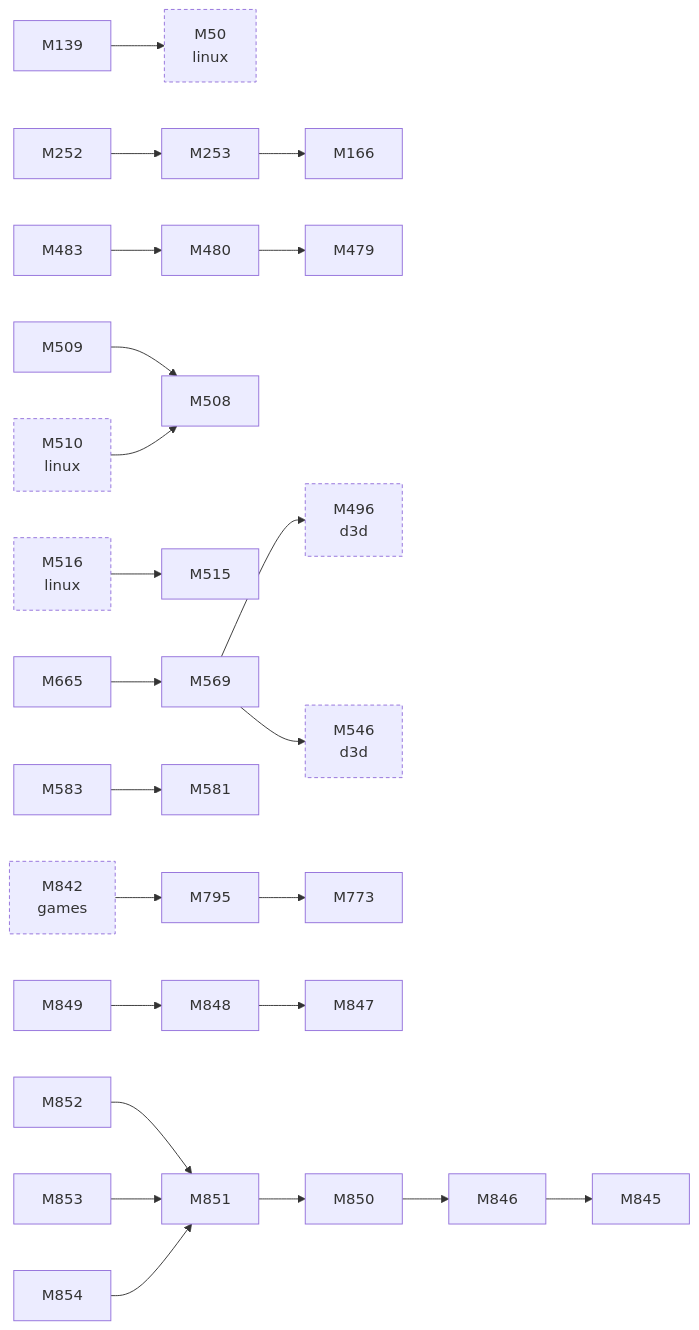
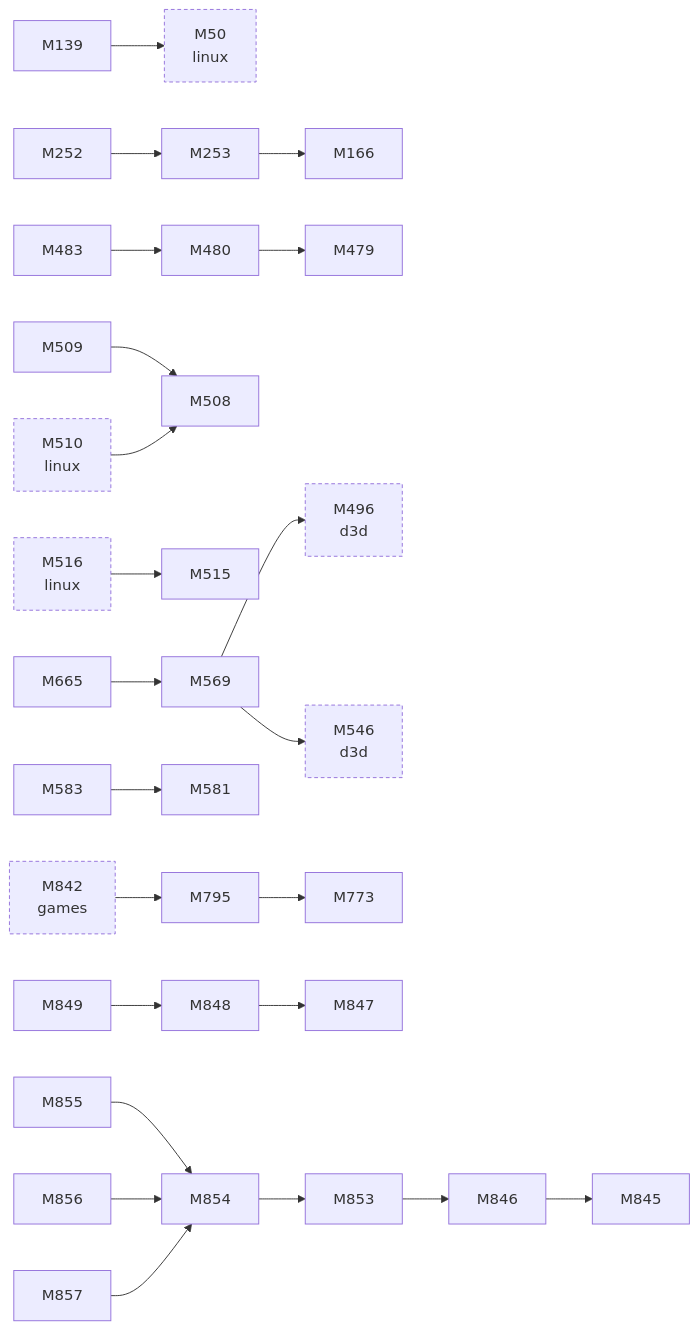
Before and after one commit to D-Ogi/amdgpu-wddm: the second of 2 diagrams in docs/facts/graphs/icd.md, drawn with Mermaid. The commit also changed 6 other files, not shown here.

````diff
--- a/docs/facts/graphs/icd.md
+++ b/docs/facts/graphs/icd.md
@@ -29,59 +29,59 @@
 ```mermaid
 flowchart LR
   M50["M50<br/>linux"]
   M139["M139"]
   M166["M166"]
   M252["M252"]
   M253["M253"]
   M479["M479"]
   M480["M480"]
   M483["M483"]
   M496["M496<br/>d3d"]
   M508["M508"]
   M509["M509"]
   M510["M510<br/>linux"]
   M515["M515"]
   M516["M516<br/>linux"]
   M546["M546<br/>d3d"]
   M569["M569"]
   M581["M581"]
   M583["M583"]
   M665["M665"]
   M773["M773"]
   M795["M795"]
   M842["M842<br/>games"]
   M845["M845"]
   M846["M846"]
   M847["M847"]
   M848["M848"]
   M849["M849"]
-  M850["M850"]
-  M851["M851"]
-  M852["M852"]
   M853["M853"]
   M854["M854"]
+  M855["M855"]
+  M856["M856"]
+  M857["M857"]
   M139 --> M50
   M252 --> M253
   M253 --> M166
   M480 --> M479
   M483 --> M480
   M509 --> M508
   M569 --> M496
   M569 --> M546
   M583 --> M581
   M665 --> M569
   M795 --> M773
   M846 --> M845
   M848 --> M847
   M849 --> M848
-  M850 --> M846
-  M851 --> M850
-  M852 --> M851
-  M853 --> M851
-  M854 --> M851
+  M853 --> M846
+  M854 --> M853
+  M855 --> M854
+  M856 --> M854
+  M857 --> M854
   M842 --> M795
   M510 --> M508
   M516 --> M515
   classDef other stroke-dasharray:4 3
   class M50,M496,M510,M516,M546,M842 other
 ```
````
